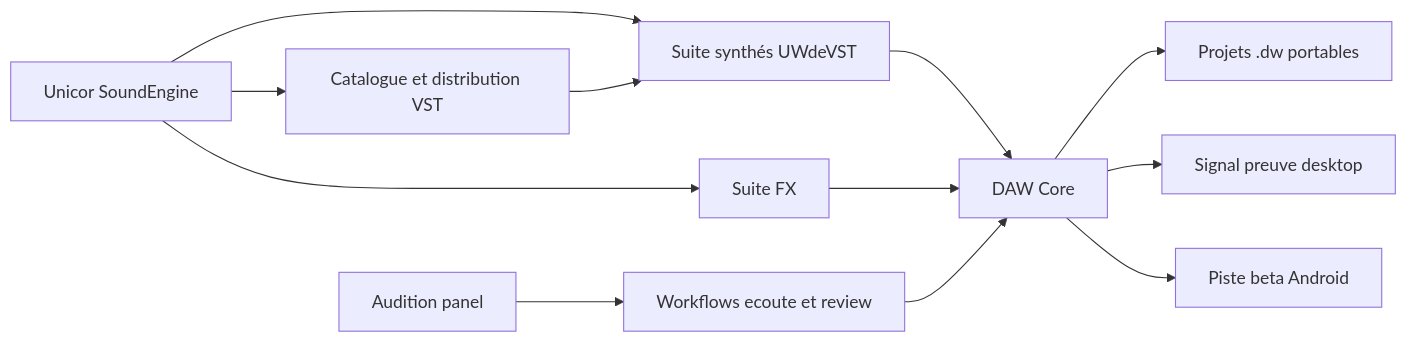
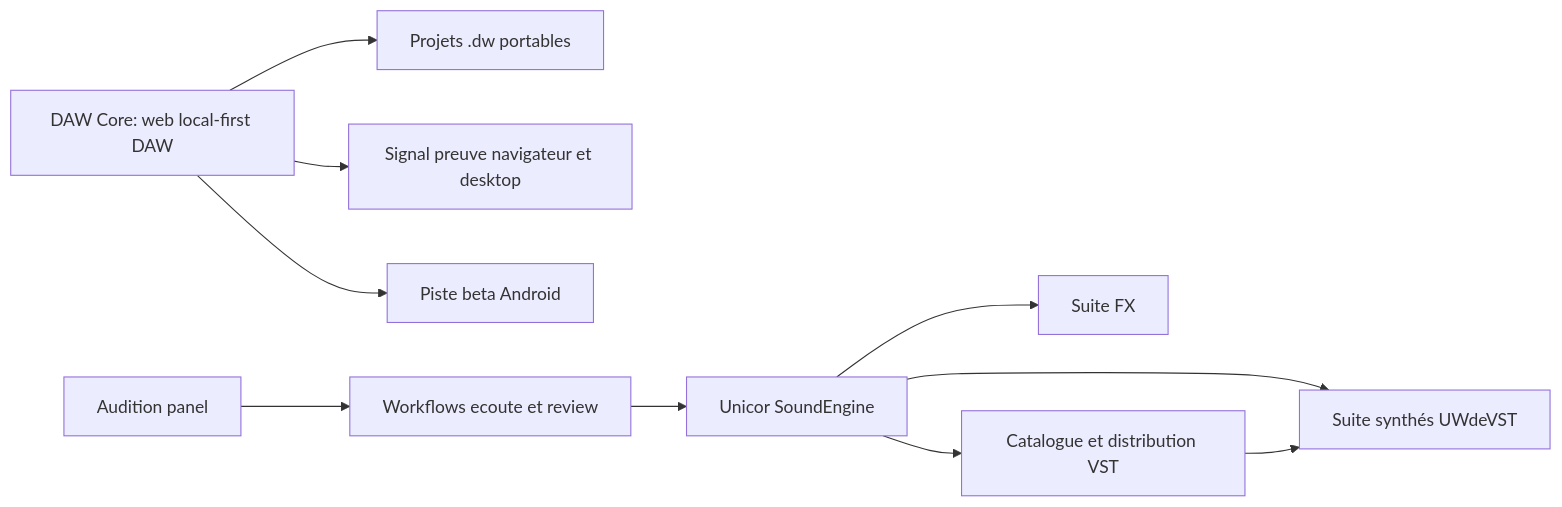
One commit to charli-dev420/presentation-projet-music changed the second of 2 diagrams in docs/project-map.md. Above: the diagram before and after it, drawn with Mermaid. The commit also changed other lines of this file and 13 other files, not shown here.

Commit message:
Clarify DAW Core positioning

````diff
--- a/docs/project-map.md
+++ b/docs/project-map.md
@@ -68,14 +66,12 @@
 ```mermaid
 flowchart LR
-    A[DAW Core] --> B[Projets .dw portables]
-    A --> C[Signal preuve desktop]
+    A[DAW Core: web local-first DAW] --> B[Projets .dw portables]
+    A --> C[Signal preuve navigateur et desktop]
     A --> D[Piste beta Android]
     E[Unicor SoundEngine] --> F[Suite synthés UWdeVST]
     E --> G[Suite FX]
     E --> H[Catalogue et distribution VST]
     I[Audition panel] --> J[Workflows ecoute et review]
-    F --> A
-    G --> A
     H --> F
-    J --> A
+    J --> E
 ```
````
